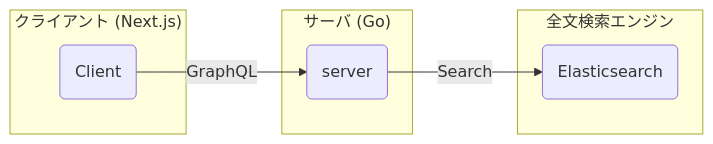
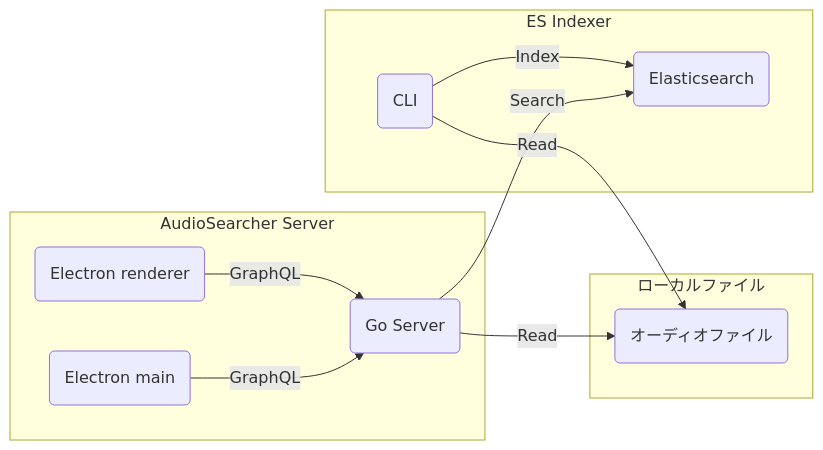
Before and after one commit to kmtym1998/audio-searcher: the diagram in README.md, drawn with Mermaid. The commit also changed 31 other files, not shown here.

````diff
--- a/README.md
+++ b/README.md
@@ -6,17 +6,24 @@
 ```mermaid
 graph LR
-  subgraph "クライアント (Next.js)"
-    c(Client)
+  subgraph "AudioSearcher Server"
+    aa(Electron main)
+    ab(Electron renderer)
+    ac(Go Server)
   end
 
-  subgraph "サーバ (Go)"
-    b(server)
+  subgraph "ローカルファイル"
+    ba(オーディオファイル)
   end
 
-  subgraph "全文検索エンジン"
-    e(Elasticsearch)
+  subgraph "ES Indexer"
+    ca(CLI)
+    cb(Elasticsearch)
   end
 
-  c -- GraphQL --> b
-  b -- Search --> e
+  aa -- GraphQL --> ac
+  ab -- GraphQL --> ac
+  ac -- Search --> cb
+  ac -- Read --> ba
+  ca -- Read --> ba
+  ca -- Index --> cb
 ```
````
